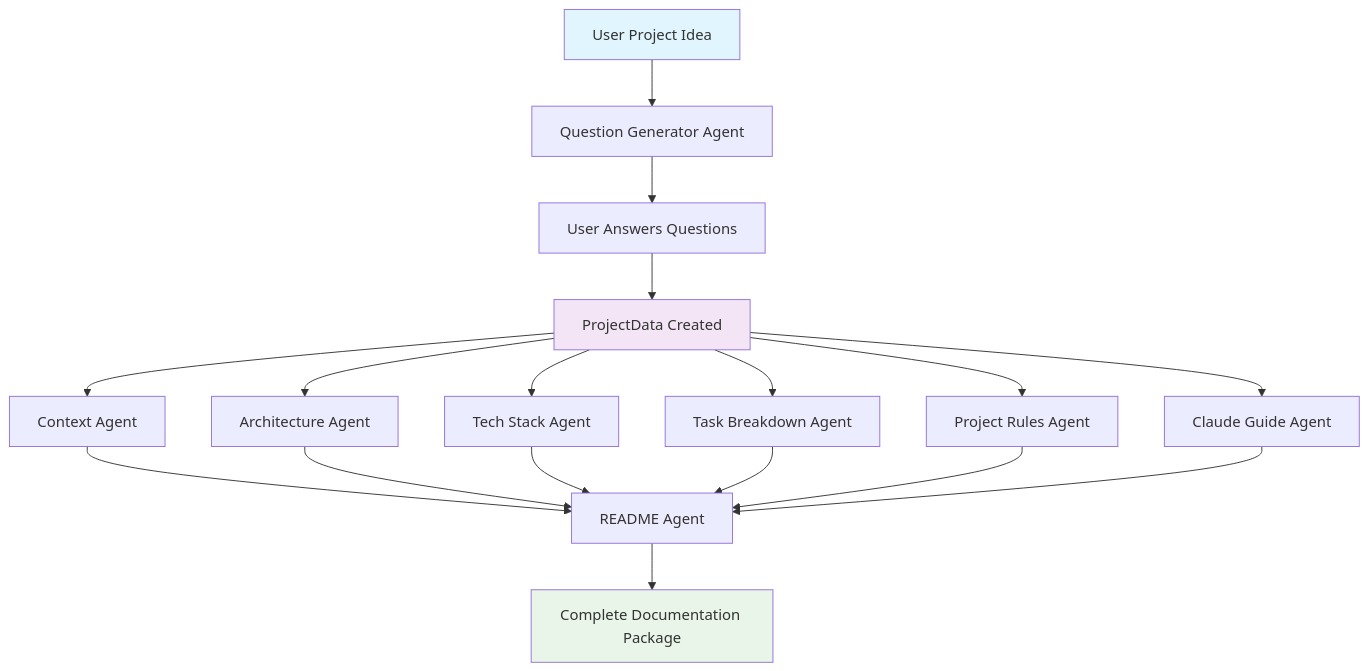
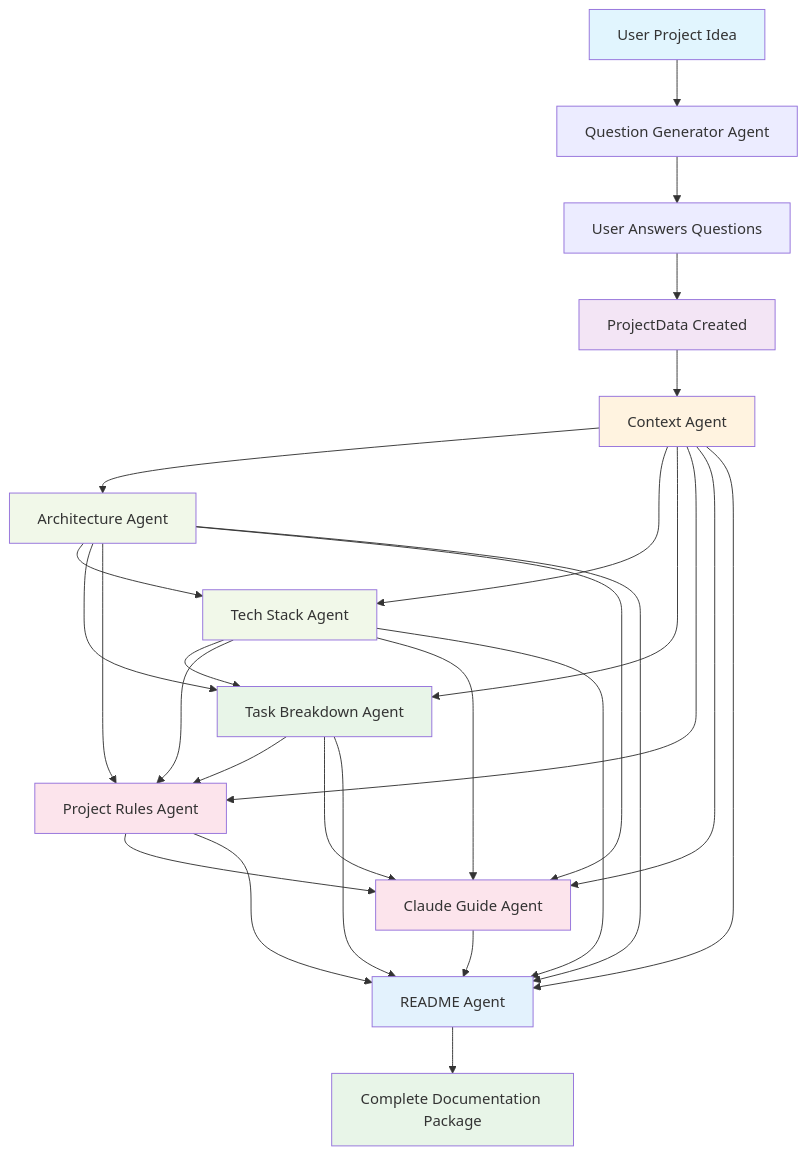
One commit to hamzaPixl/davai changed the diagram in backend/docs/AGENT_ARCHITECTURE.md. Above: the diagram before and after it, drawn with Mermaid. The commit also changed other lines of this file and 16 other files, not shown here.

````diff
--- a/backend/docs/AGENT_ARCHITECTURE.md
+++ b/backend/docs/AGENT_ARCHITECTURE.md
@@ -9,26 +9,45 @@
 ```mermaid
 graph TD
     A[User Project Idea] --> B[Question Generator Agent]
     B --> C[User Answers Questions]
     C --> D[ProjectData Created]
-    
+
     D --> E[Context Agent]
-    D --> F[Architecture Agent] 
-    D --> G[Tech Stack Agent]
-    D --> H[Task Breakdown Agent]
-    D --> I[Project Rules Agent]
-    D --> J[Claude Guide Agent]
-    
-    E --> K[README Agent]
+    E --> F[Architecture Agent]
+    E --> G[Tech Stack Agent]
+    F --> G
+    G --> H[Task Breakdown Agent]
+    F --> H
+    E --> H
+
+    H --> I[Project Rules Agent]
+    F --> I
+    G --> I
+    E --> I
+
+    I --> J[Claude Guide Agent]
+    H --> J
+    G --> J
+    F --> J
+    E --> J
+
+    J --> K[README Agent]
+    I --> K
+    H --> K
+    G --> K
     F --> K
-    G --> K
-    H --> K
-    I --> K
-    J --> K
-    
+    E --> K
+
     K --> L[Complete Documentation Package]
-    
+
     style A fill:#e1f5fe
     style D fill:#f3e5f5
+    style E fill:#fff3e0
+    style F fill:#f1f8e9
+    style G fill:#f1f8e9
+    style H fill:#e8f5e8
+    style I fill:#fce4ec
+    style J fill:#fce4ec
+    style K fill:#e3f2fd
     style L fill:#e8f5e8
 ```
````
